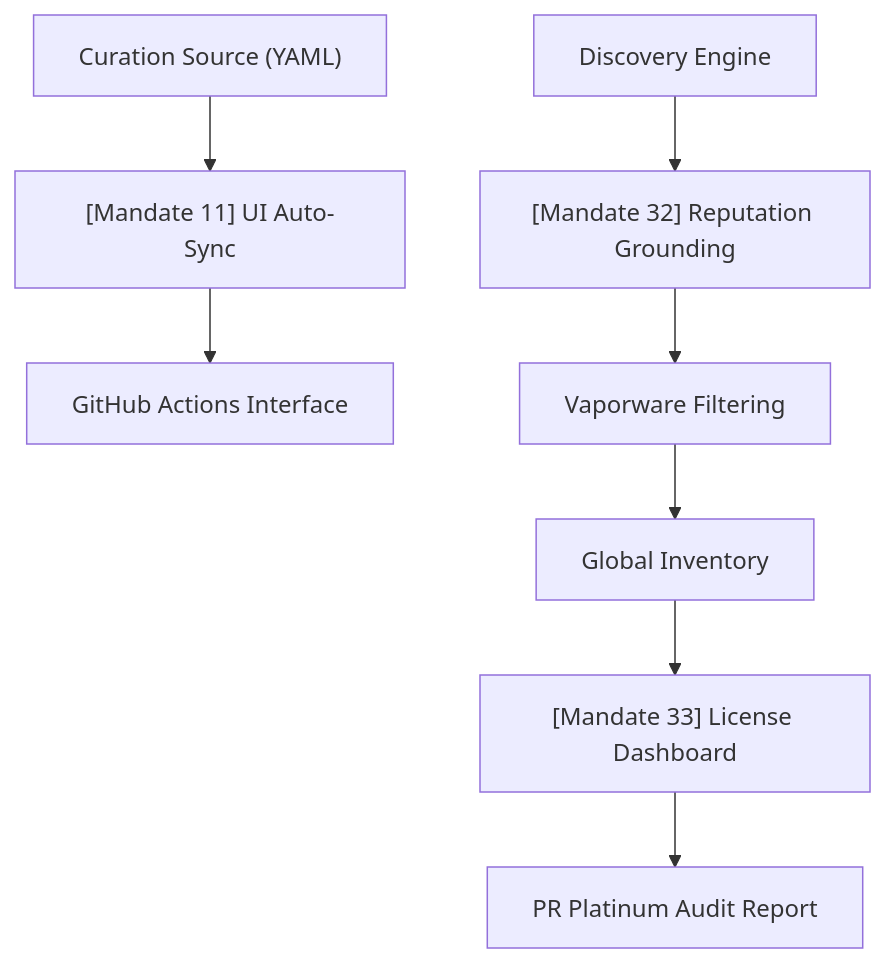
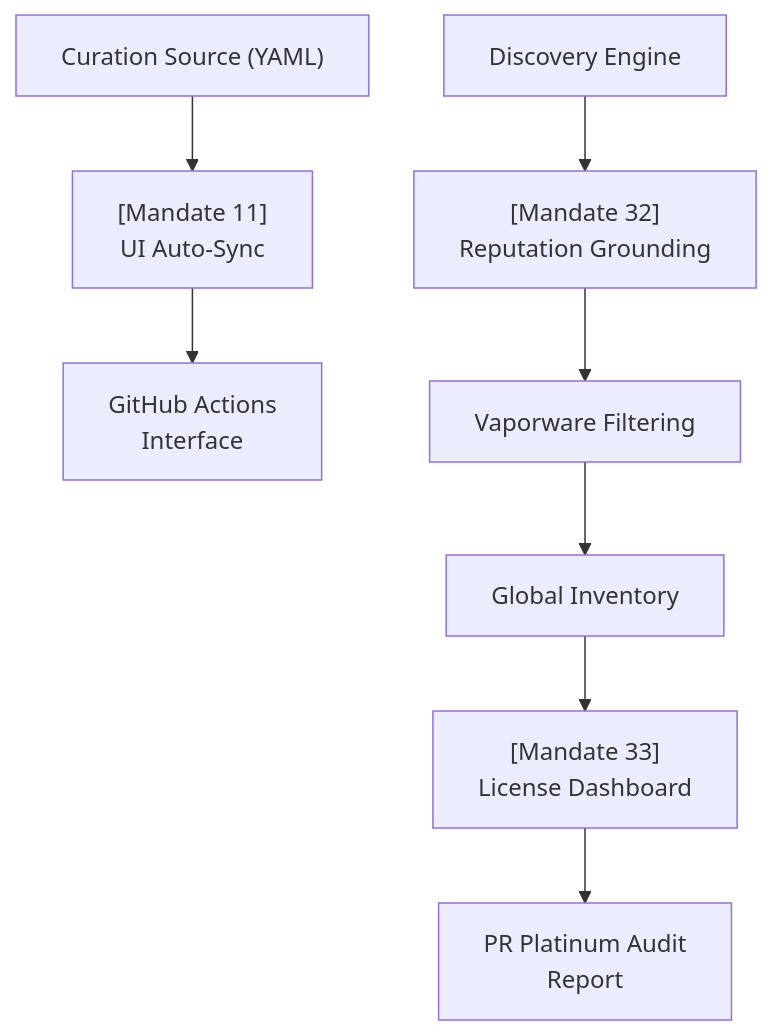
The fourth of 10 diagrams in README.md (nubenetes/awesome-kubernetes), drawn with Mermaid before and after one commit. The commit also changed other lines of this file, not shown here.

Commit message:
docs: fix Mermaid diagram text truncation and comply with Mandate 30

````diff
--- a/README.md
+++ b/README.md
@@ -442,10 +442,10 @@
 ```mermaid
 graph TD
-    A["Curation Source (YAML)"] --> B["[Mandate 11] UI Auto-Sync"]
-    B --> C["GitHub Actions Interface"]
-    D["Discovery Engine"] --> E["[Mandate 32] Reputation Grounding"]
+    A["Curation Source (YAML)"] --> B["[Mandate 11]<br/>UI Auto-Sync"]
+    B --> C["GitHub Actions<br/>Interface"]
+    D["Discovery Engine"] --> E["[Mandate 32]<br/>Reputation Grounding"]
     E --> F["Vaporware Filtering"]
     F --> G["Global Inventory"]
-    G --> H["[Mandate 33] License Dashboard"]
-    H --> I["PR Platinum Audit Report"]
+    G --> H["[Mandate 33]<br/>License Dashboard"]
+    H --> I["PR Platinum Audit<br/>Report"]
 ```
````
